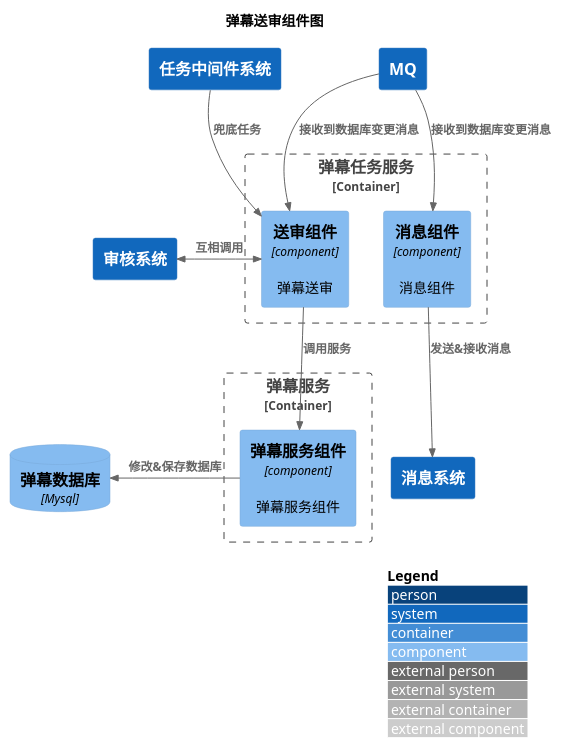
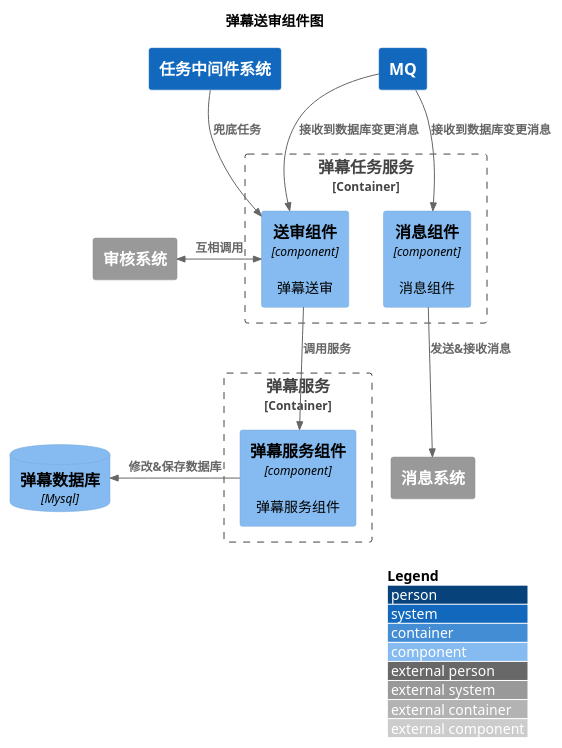
The diagram in puml/interact/content/barrage/audit/component.puml (nxnnxn/community-doc), drawn with PlantUML before and after one commit. The commit also changed 9 other files, not shown here.

```diff
--- a/puml/interact/content/barrage/audit/component.puml
+++ b/puml/interact/content/barrage/audit/component.puml
@@ -1,35 +1,35 @@
 @startuml
 !include <C4/C4_Component>
 LAYOUT_WITH_LEGEND()
 
 title 弹幕送审组件图
 
 System(rocketmq,"MQ")
-System(auditSystem,"审核系统")
+System_Ext(auditSystem,"审核系统")
 System(job,"任务中间件系统")
 
 Container_Boundary(barrageJobService, "弹幕任务服务"){
     Component(auditComponent, "送审组件", "component", "弹幕送审")
     Component(messageComponent, "消息组件", "component", "消息组件")
 }
 Container_Boundary(barrageService, "弹幕服务"){
     Component(barrageComponent, "弹幕服务组件", "component", "弹幕服务组件")
 }
 
-System(messageSystem,"消息系统")
+System_Ext(messageSystem,"消息系统")
 ComponentDb(db, "弹幕数据库", "Mysql")
 
 Rel(rocketmq, auditComponent, "接收到数据库变更消息")
 Rel(rocketmq, messageComponent, "接收到数据库变更消息")
 Rel(job, auditComponent, "兜底任务")
 BiRel_L(auditComponent, auditSystem, "互相调用")
 Rel(messageComponent, messageSystem, "发送&接收消息")
 Rel(auditComponent, barrageComponent, "调用服务")
 Rel_L(barrageComponent, db, "修改&保存数据库")
 
 
 
 
 
 
 @enduml
```
